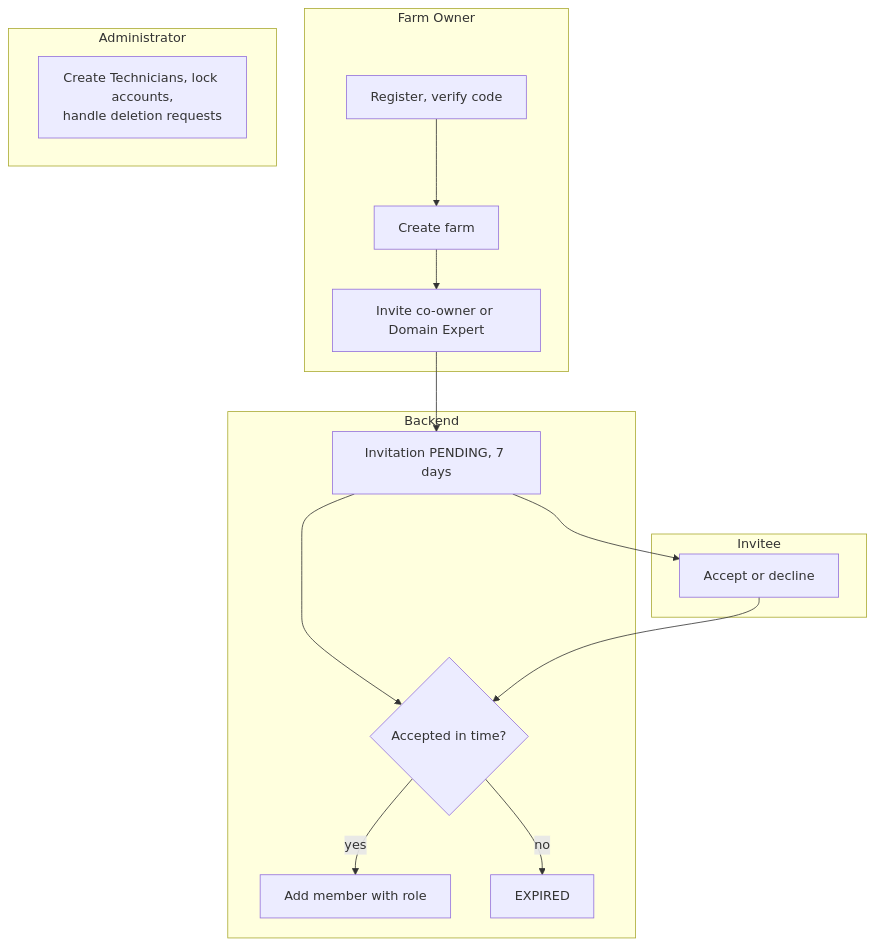
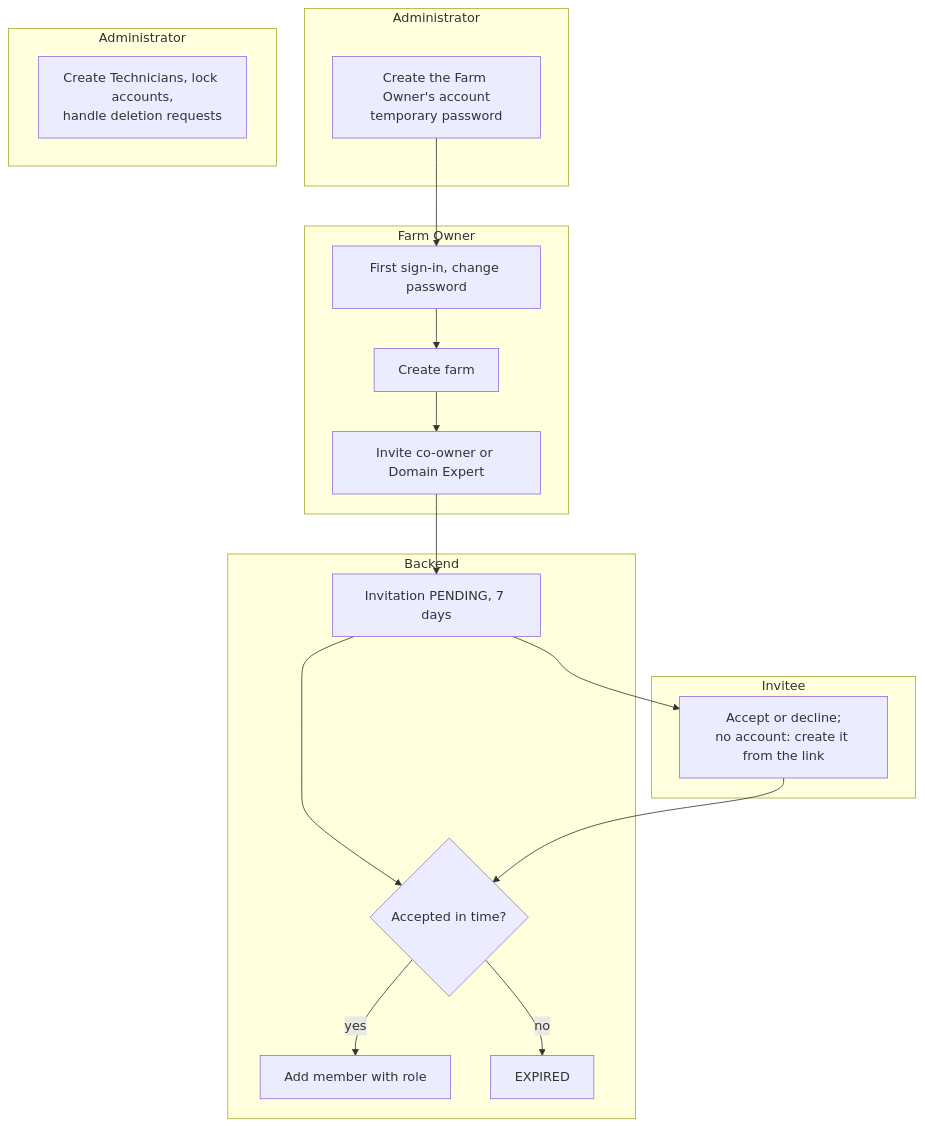
One commit to NBao261/SwiftletCare_KLTN changed diagram 32 of 35 in docs/reports/report4-sdd.md. Above: the diagram before and after it, drawn with Mermaid. The commit also changed other lines of this file and 21 other files, not shown here.

````diff
--- a/docs/reports/report4-sdd.md
+++ b/docs/reports/report4-sdd.md
@@ -1174,19 +1294,23 @@
 ```mermaid
 flowchart TB
+  subgraph A0[Administrator]
+    A0a[Create the Farm Owner's account<br/>temporary password]
+  end
   subgraph U[Farm Owner]
-    U1[Register, verify code] --> U2[Create farm]
+    U1[First sign-in, change password] --> U2[Create farm]
     U2 --> U3[Invite co-owner or Domain Expert]
   end
   subgraph B[Backend]
     B1[Invitation PENDING, 7 days] --> B2{Accepted in time?}
     B2 -- yes --> B3[Add member with role]
     B2 -- no --> B4[EXPIRED]
   end
   subgraph E[Invitee]
-    E1[Accept or decline]
+    E1[Accept or decline;<br/>no account: create it from the link]
   end
   subgraph A[Administrator]
     A1[Create Technicians, lock accounts,<br/>handle deletion requests]
   end
+  A0a --> U1
   U3 --> B1 --> E1 --> B2
 ```
````
